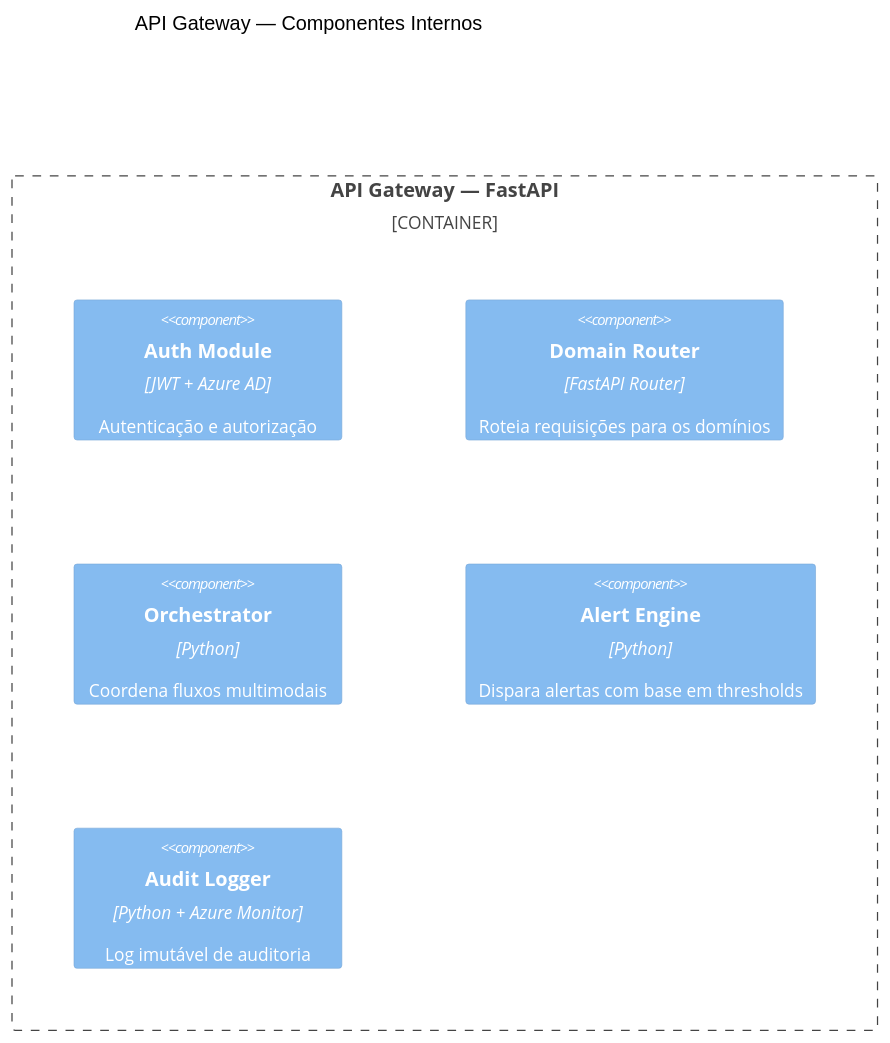
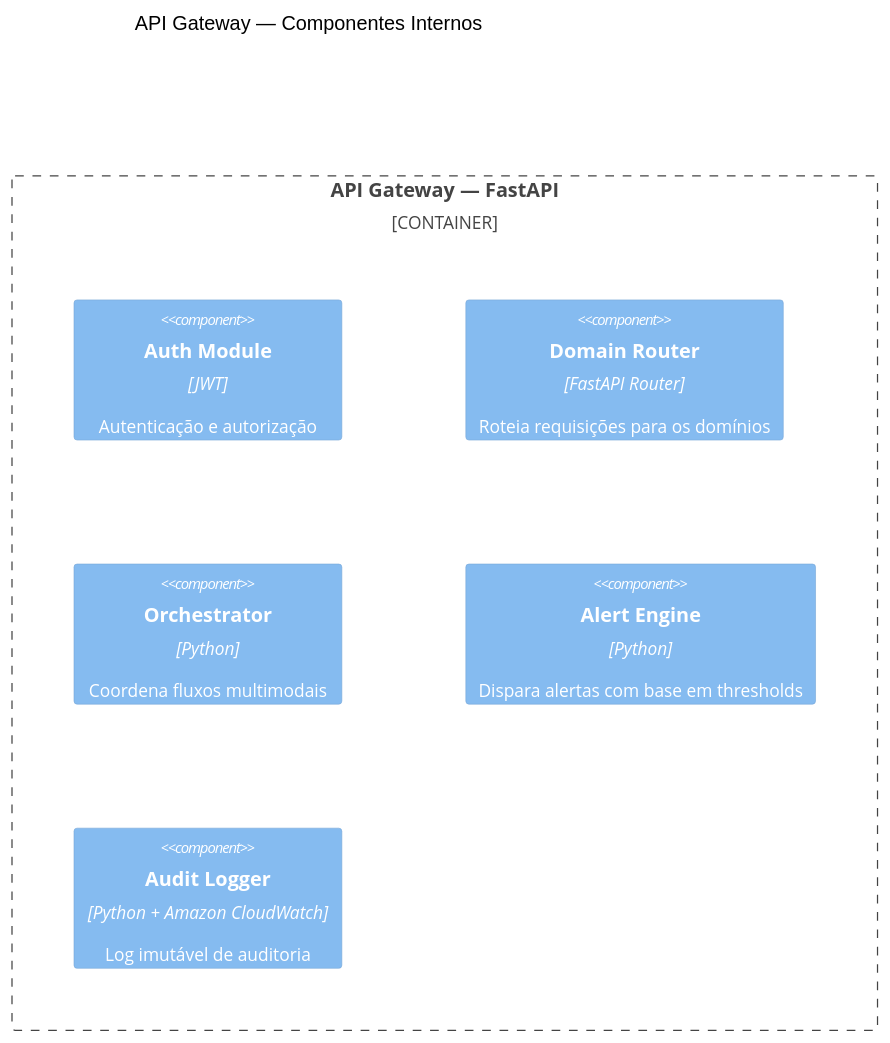
One commit to Wallace82/guardia-parto-seguro changed the third of 6 diagrams in docs/ARCHITECTURE.md. Above: the diagram before and after it, drawn with Mermaid (forest theme). The commit also changed other lines of this file and 12 other files, not shown here.

Commit message:
docs: add project architectural, environmental, and planning documentation to the repository

````diff
--- a/docs/ARCHITECTURE.md
+++ b/docs/ARCHITECTURE.md
@@ -153,12 +153,12 @@
 ```mermaid
 C4Component
     title API Gateway — Componentes Internos
 
     Container_Boundary(gateway, "API Gateway — FastAPI") {
-        Component(auth, "Auth Module", "JWT + Azure AD", "Autenticação e autorização")
+        Component(auth, "Auth Module", "JWT", "Autenticação e autorização")
         Component(router, "Domain Router", "FastAPI Router", "Roteia requisições para os domínios")
         Component(orchestrator, "Orchestrator", "Python", "Coordena fluxos multimodais")
         Component(alert_engine, "Alert Engine", "Python", "Dispara alertas com base em thresholds")
-        Component(audit_log, "Audit Logger", "Python + Azure Monitor", "Log imutável de auditoria")
+        Component(audit_log, "Audit Logger", "Python + Amazon CloudWatch", "Log imutável de auditoria")
     }
 ```
````
